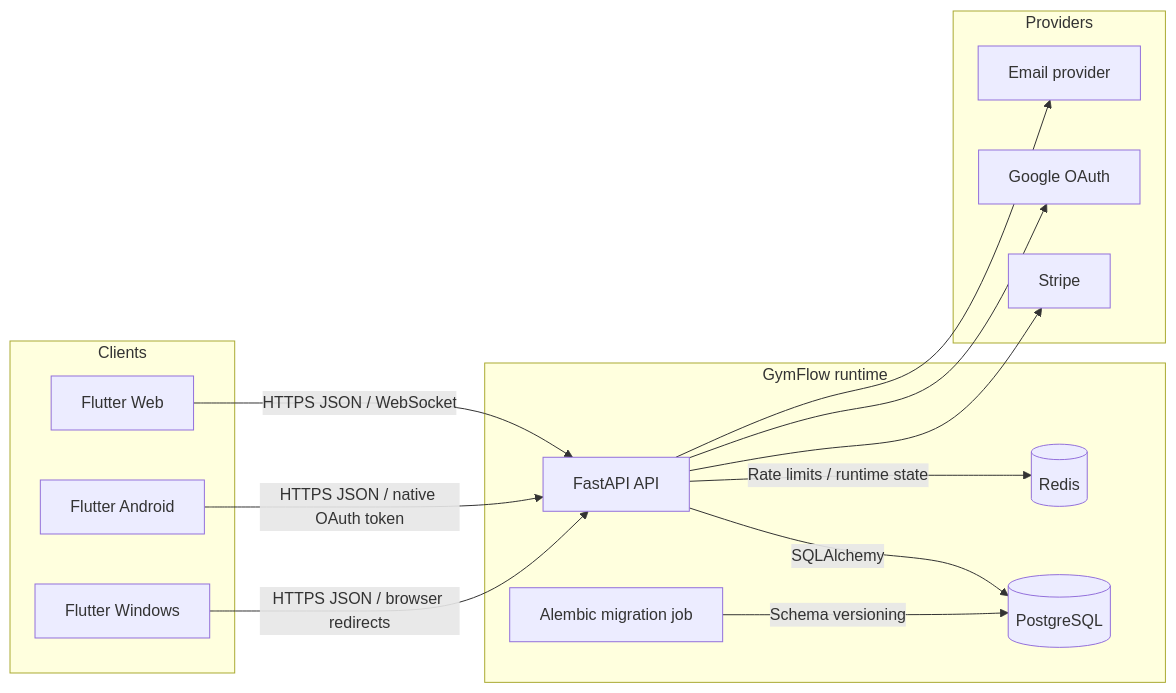
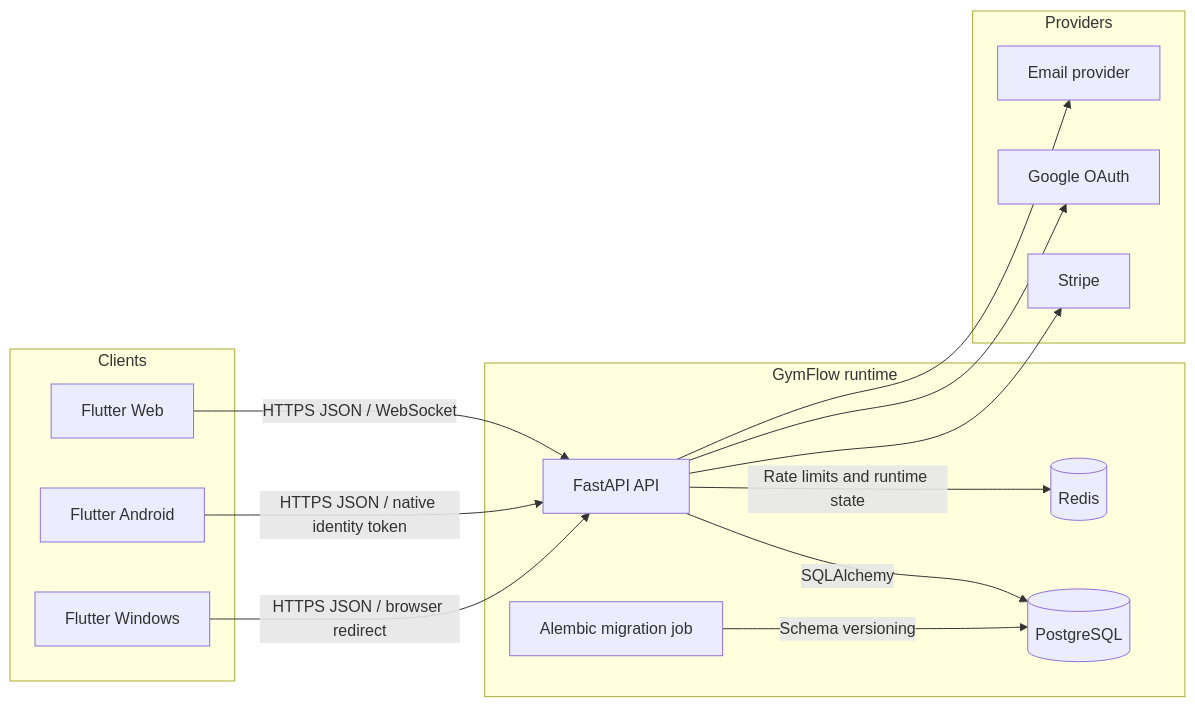
One commit to anes-dev-ml/GymFlow-Showcase changed the second of 6 diagrams in ARCHITECTURE.md. Above: the diagram before and after it, drawn with Mermaid. The commit also changed other lines of this file, not shown here.

Commit message:
docs: polish architecture case study for public review

````diff
--- a/ARCHITECTURE.md
+++ b/ARCHITECTURE.md
@@ -51,33 +55,31 @@
 ```mermaid
 flowchart LR
     subgraph Clients
         Web[Flutter Web]
         Android[Flutter Android]
         Windows[Flutter Windows]
     end
 
     subgraph GymFlow runtime
         API[FastAPI API]
         DB[(PostgreSQL)]
         Cache[(Redis)]
         Migration[Alembic migration job]
     end
 
     subgraph Providers
         Stripe[Stripe]
         Google[Google OAuth]
         Email[Email provider]
     end
 
     Web -->|HTTPS JSON / WebSocket| API
-    Android -->|HTTPS JSON / native OAuth token| API
-    Windows -->|HTTPS JSON / browser redirects| API
-
+    Android -->|HTTPS JSON / native identity token| API
+    Windows -->|HTTPS JSON / browser redirect| API
     API -->|SQLAlchemy| DB
-    API -->|Rate limits / runtime state| Cache
+    API -->|Rate limits and runtime state| Cache
     Migration -->|Schema versioning| DB
-
     API --> Stripe
     API --> Google
     API --> Email
 ```
````
